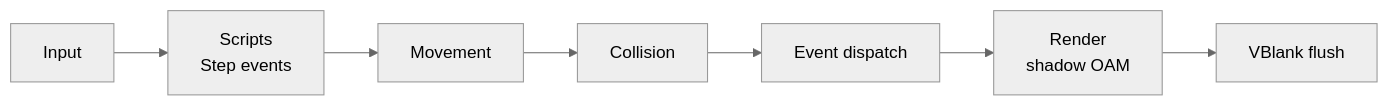
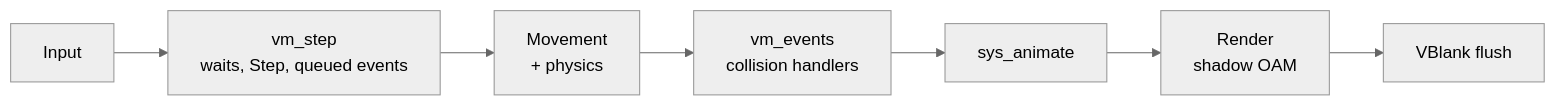
One commit to StevenGann/Serval-Engine changed the diagram in docs/frame-loop.md. Above: the diagram before and after it, drawn with Mermaid (neutral theme). The commit also changed other lines of this file and 3 other files, not shown here.

````diff
--- a/docs/frame-loop.md
+++ b/docs/frame-loop.md
@@ -15,4 +15,4 @@
 ```mermaid
 flowchart LR
-    A[Input] --> B[Scripts<br/>Step events] --> C[Movement] --> D[Collision] --> E[Event dispatch] --> F[Render<br/>shadow OAM] --> G[VBlank flush]
+    A[Input] --> B[vm_step<br/>waits, Step, queued events] --> C[Movement<br/>+ physics] --> D[vm_events<br/>collision handlers] --> E[sys_animate] --> F[Render<br/>shadow OAM] --> G[VBlank flush]
 ```
````
